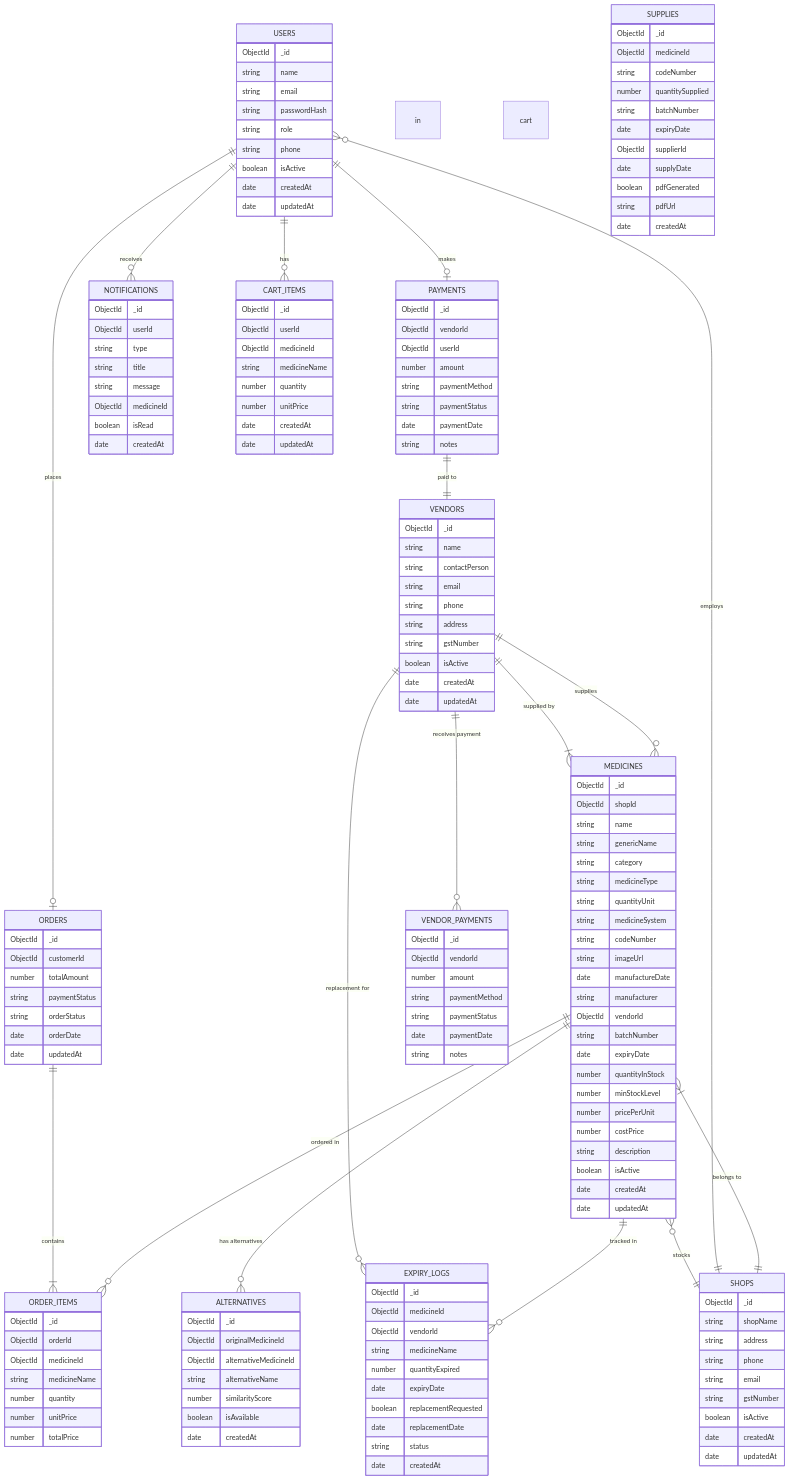
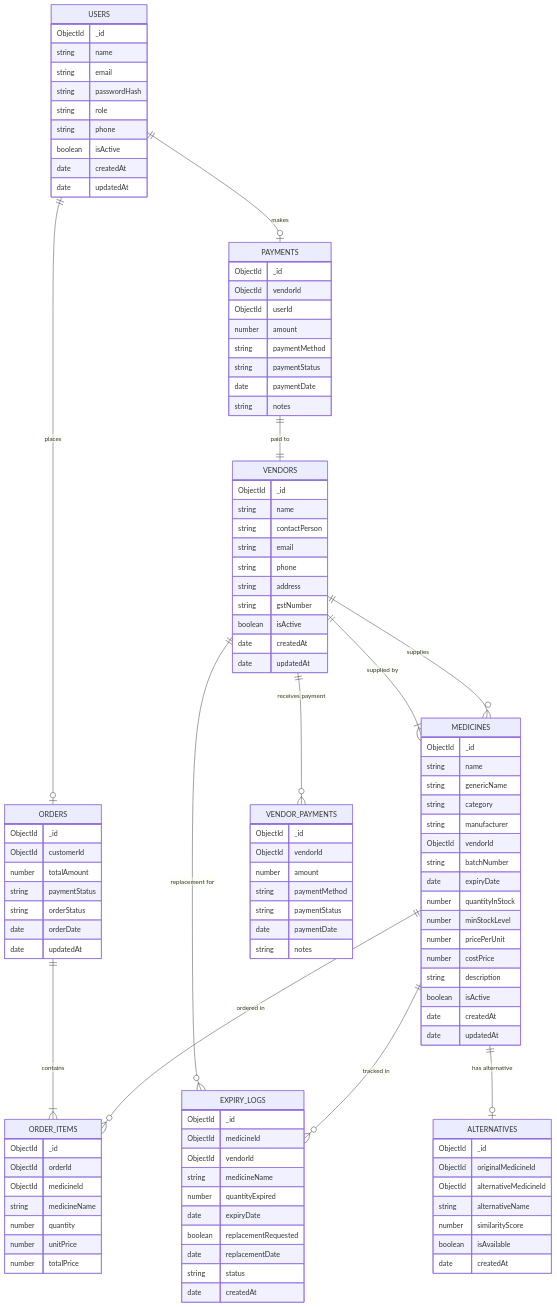
The diagram in ERD_NoSQL.md (sayantanj05/Pharmacy-), drawn with Mermaid before and after one commit. The commit also changed other lines of this file and 6767 other files, not shown here.

````diff
--- a/ERD_NoSQL.md
+++ b/ERD_NoSQL.md
@@ -6,8 +6,6 @@
 erDiagram
     USERS ||--o| ORDERS : places
     USERS ||--o| PAYMENTS : makes
-    USERS ||--o{ NOTIFICATIONS : receives
-    USERS ||--o{ CART_ITEMS : has in cart
     USERS {
         ObjectId _id
         string name
@@ -20,37 +18,15 @@
         date updatedAt
     }
 
-    SHOPS ||--o{ USERS : employs
-    SHOPS ||--o{ MEDICINES : stocks
-    SHOPS {
-        ObjectId _id
-        string shopName
-        string address
-        string phone
-        string email
-        string gstNumber
-        boolean isActive
-        date createdAt
-        date updatedAt
-    }
-
     MEDICINES ||--o{ ORDER_ITEMS : "ordered in"
     MEDICINES ||--o{ EXPIRY_LOGS : "tracked in"
-    MEDICINES ||--o{ ALTERNATIVES : "has alternatives"
+    MEDICINES ||--o| ALTERNATIVES : "has alternative"
     MEDICINES }|--|| VENDORS : "supplied by"
-    MEDICINES }|--|| SHOPS : "belongs to"
     MEDICINES {
         ObjectId _id
-        ObjectId shopId
         string name
         string genericName
         string category
-        string medicineType
-        string quantityUnit
-        string medicineSystem
-        string codeNumber
-        string imageUrl
-        date manufactureDate
         string manufacturer
         ObjectId vendorId
         string batchNumber
@@ -146,40 +122,4 @@
         boolean isAvailable
         date createdAt
     }
-
-    NOTIFICATIONS {
-        ObjectId _id
-        ObjectId userId
-        string type
-        string title
-        string message
-        ObjectId medicineId
-        boolean isRead
-        date createdAt
-    }
-
-    SUPPLIES {
-        ObjectId _id
-        ObjectId medicineId
-        string codeNumber
-        number quantitySupplied
-        string batchNumber
-        date expiryDate
-        ObjectId supplierId
-        date supplyDate
-        boolean pdfGenerated
-        string pdfUrl
-        date createdAt
-    }
-
-    CART_ITEMS {
-        ObjectId _id
-        ObjectId userId
-        ObjectId medicineId
-        string medicineName
-        number quantity
-        number unitPrice
-        date createdAt
-        date updatedAt
-    }
 ```
````
